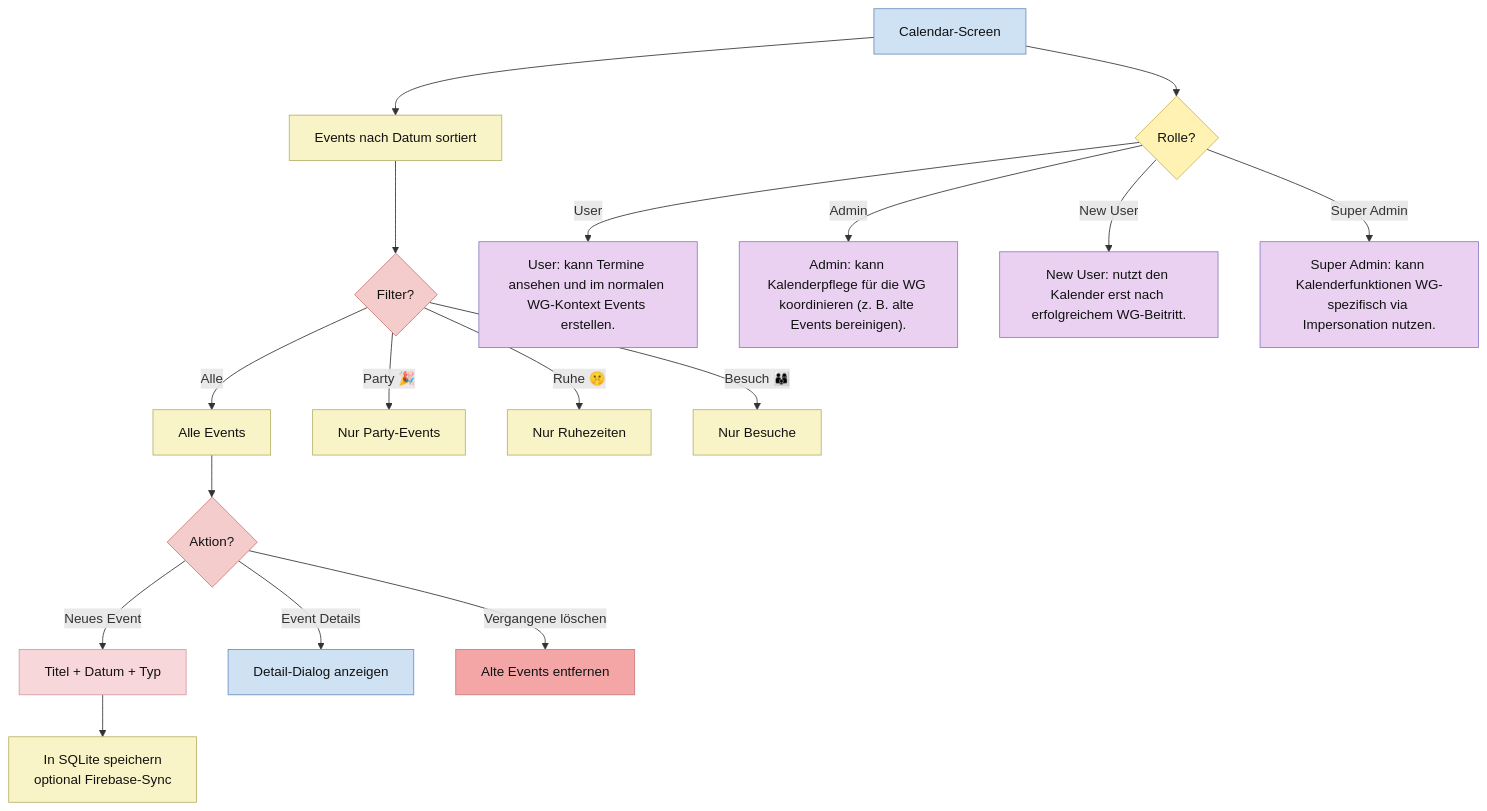
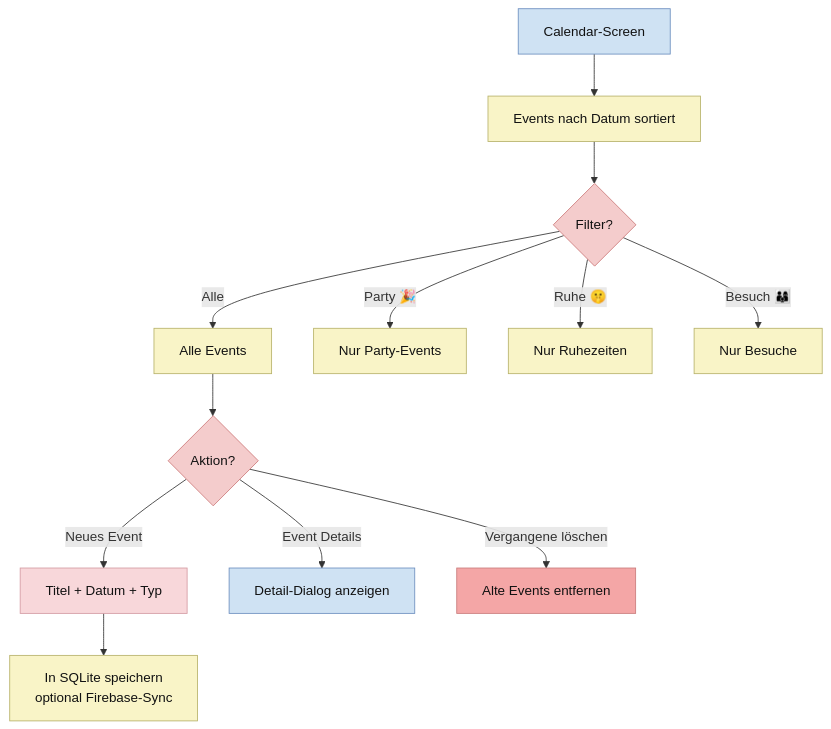
One commit to Nejy190501/WGManager changed the sixth of 27 diagrams in ABLAUFDIAGRAMM.md. Above: the diagram before and after it, drawn with Mermaid. The commit also changed other lines of this file, not shown here.

````diff
--- a/ABLAUFDIAGRAMM.md
+++ b/ABLAUFDIAGRAMM.md
@@ -336,42 +284,29 @@
 ```mermaid
 flowchart TD
     A["Calendar-Screen"] --> B["Events nach Datum sortiert"]
     B --> C{"Filter?"}
     C -->|Alle| D["Alle Events"]
     C -->|Party 🎉| E["Nur Party-Events"]
     C -->|Ruhe 🤫| F["Nur Ruhezeiten"]
     C -->|Besuch 👨‍👩‍👦| G["Nur Besuche"]
-    
+
     D --> H{"Aktion?"}
     H -->|Neues Event| I["Titel + Datum + Typ"]
     I --> J["In SQLite speichern<br/>optional Firebase-Sync"]
     H -->|Event Details| K["Detail-Dialog anzeigen"]
     H -->|Vergangene löschen| L["Alte Events entfernen"]
-
-
-    A --> RLQ{"Rolle?"}
-    RLU["User: kann Termine ansehen und im normalen WG-Kontext Events erstellen."]
-    RLA["Admin: kann Kalenderpflege für die WG koordinieren (z. B. alte Events bereinigen)."]
-    RLN["New User: nutzt den Kalender erst nach erfolgreichem WG-Beitritt."]
-    RLS["Super Admin: kann Kalenderfunktionen WG-spezifisch via Impersonation nutzen."]
-    RLQ -->|User| RLU
-    RLQ -->|Admin| RLA
-    RLQ -->|New User| RLN
-    RLQ -->|Super Admin| RLS
 
     classDef userAction fill:#ead1f2,stroke:#8e7cc3,color:#111;
     classDef systemAction fill:#f9f4c7,stroke:#b7b26a,color:#111;
     classDef userDecision fill:#f4cccc,stroke:#cc7a7a,color:#111;
     classDef systemDecision fill:#fff2b2,stroke:#c9b458,color:#111;
     classDef button fill:#f4a6a6,stroke:#c97b7b,color:#111;
     classDef userInput fill:#f8d7da,stroke:#d49aa2,color:#111;
     classDef screen fill:#cfe2f3,stroke:#6c8ebf,color:#111;
 
     class B,D,E,F,G,J systemAction;
     class C,H userDecision;
     class L button;
     class I userInput;
     class A,K screen;
-    class RLQ systemDecision;
-    class RLU,RLA,RLN,RLS userAction;
 ```
````
